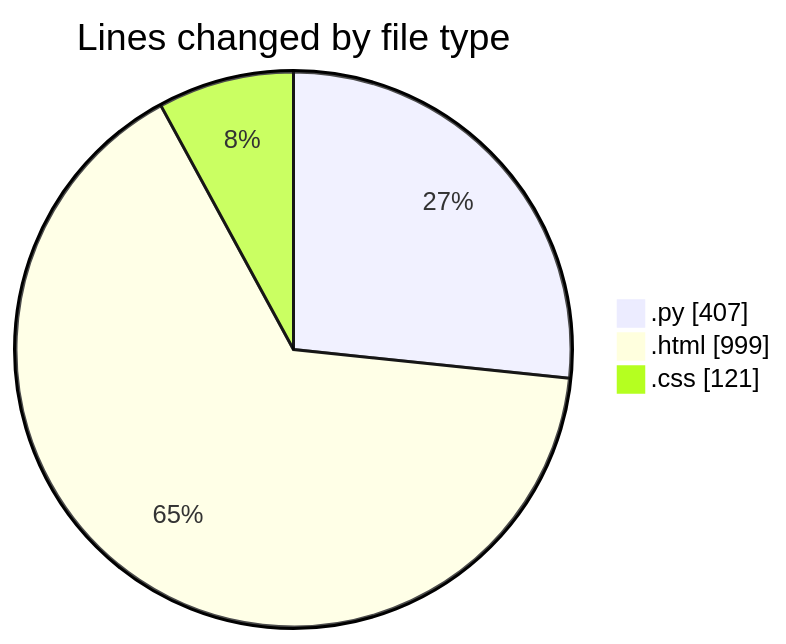
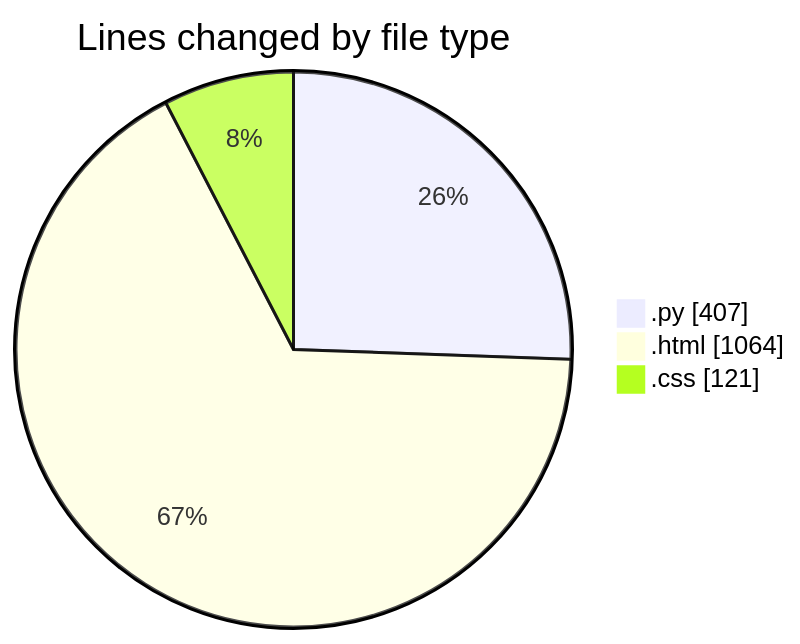
One commit to Elitesun/code-tracking changed the first of 2 diagrams in 2025-01-31/flask/README.md. Above: the diagram before and after it, drawn with Mermaid. The commit also changed other lines of this file and 1 other file, not shown here.

````diff
--- a/2025-01-31/flask/README.md
+++ b/2025-01-31/flask/README.md
@@ -25,7 +25,7 @@
 ```mermaid
 pie showData
 title Lines changed by file type
 ".py" : 407
-".html" : 999
+".html" : 1064
 ".css" : 121
 ```
````
